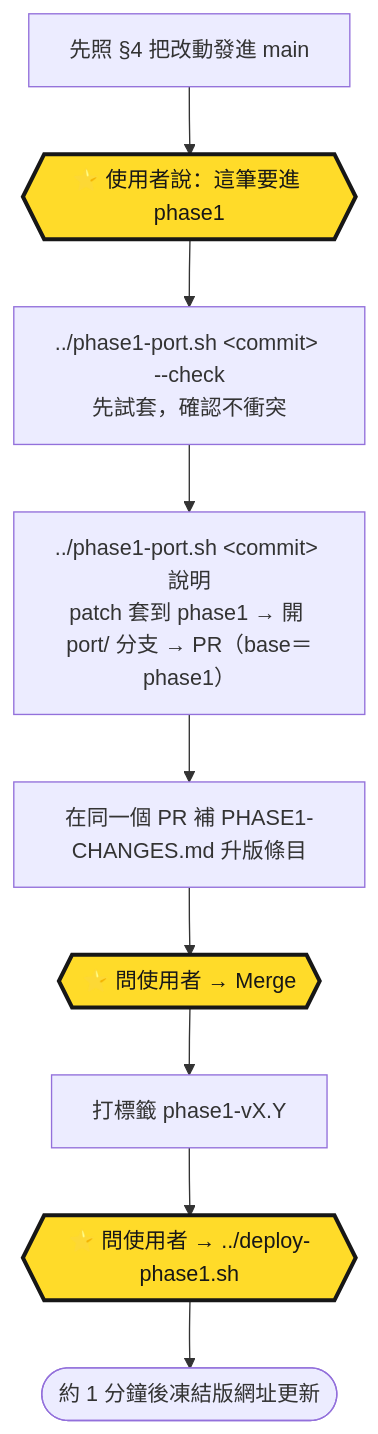
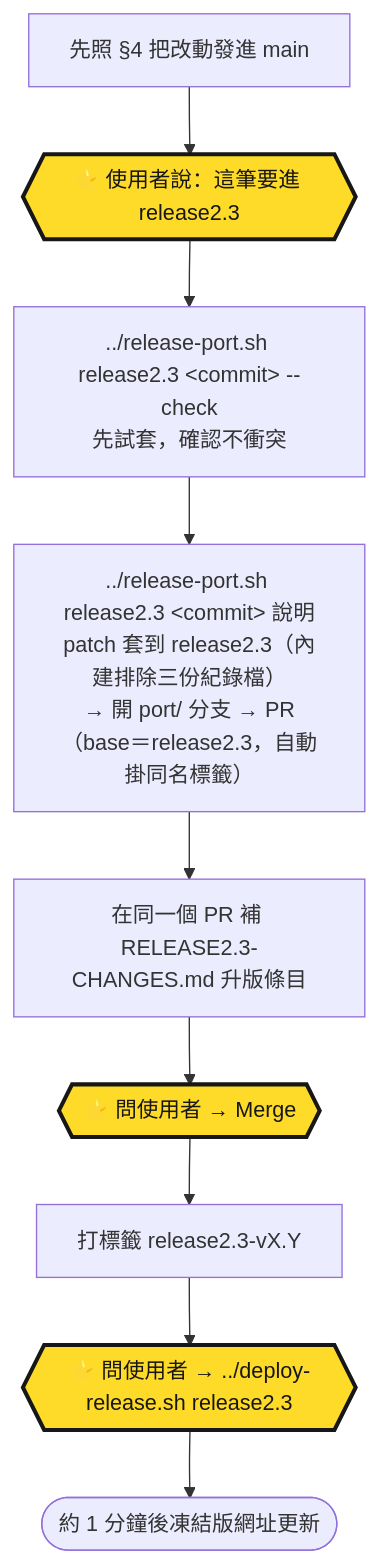
One commit to ztor20/Creator-Studio changed the second of 2 diagrams in ztor-creator-studio/WORKFLOW.md. Above: the diagram before and after it, drawn with Mermaid. The commit also changed other lines of this file and 9 other files, not shown here.

Commit message:
交付版改用 release 編號：phase1→release2.3、下一版預覽→release2.4；變更紀錄加交付版標籤

````diff
--- a/ztor-creator-studio/WORKFLOW.md
+++ b/ztor-creator-studio/WORKFLOW.md
@@ -160,14 +167,14 @@
 ```mermaid
 flowchart TD
-    A["先照 §4 把改動發進 main"] --> B{{"⭐ 使用者說：這筆要進 phase1"}}
-    B --> C["../phase1-port.sh &lt;commit&gt; --check<br/>先試套，確認不衝突"]
-    C --> D["../phase1-port.sh &lt;commit&gt; 說明<br/>patch 套到 phase1 → 開 port/ 分支 → PR（base＝phase1）"]
-    D --> E["在同一個 PR 補 PHASE1-CHANGES.md 升版條目"]
+    A["先照 §4 把改動發進 main"] --> B{{"⭐ 使用者說：這筆要進 release2.3"}}
+    B --> C["../release-port.sh release2.3 &lt;commit&gt; --check<br/>先試套，確認不衝突"]
+    C --> D["../release-port.sh release2.3 &lt;commit&gt; 說明<br/>patch 套到 release2.3（內建排除三份紀錄檔）<br/>→ 開 port/ 分支 → PR（base＝release2.3，自動掛同名標籤）"]
+    D --> E["在同一個 PR 補 RELEASE2.3-CHANGES.md 升版條目"]
     E --> F{{"⭐ 問使用者 → Merge"}}
-    F --> G["打標籤 phase1-vX.Y"]
-    G --> H{{"⭐ 問使用者 → ../deploy-phase1.sh"}}
+    F --> G["打標籤 release2.3-vX.Y"]
+    G --> H{{"⭐ 問使用者 → ../deploy-release.sh release2.3"}}
     H --> I(["約 1 分鐘後凍結版網址更新"])
 
     classDef gate fill:#FFDB29,stroke:#171717,stroke-width:3px,color:#171717;
     class B,F,H gate;
 ```
````
